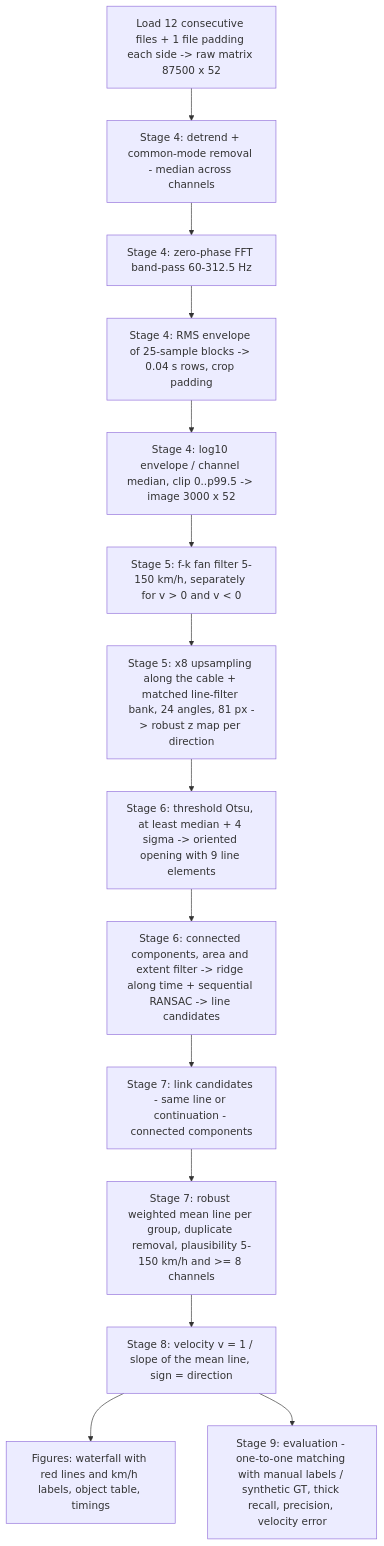
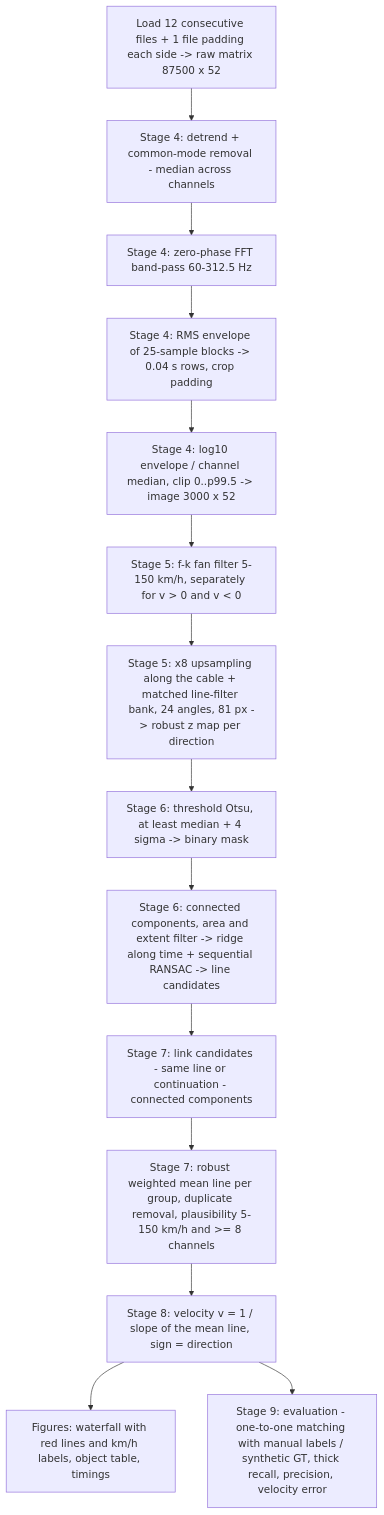
The diagram in docs/flowchart.md (KubaBan84/Object_detection_from_DAS), drawn with Mermaid before and after one commit. The commit also changed 33 other files, not shown here.

First line of the commit message:
Compact report, remove oriented opening, PDF reports

````diff
--- a/docs/flowchart.md
+++ b/docs/flowchart.md
@@ -7,16 +7,16 @@
 ```mermaid
 flowchart TD
     A[Load 12 consecutive files + 1 file padding each side -> raw matrix 87500 x 52] --> B[Stage 4: detrend + common-mode removal - median across channels]
     B --> C[Stage 4: zero-phase FFT band-pass 60-312.5 Hz]
     C --> D[Stage 4: RMS envelope of 25-sample blocks -> 0.04 s rows, crop padding]
     D --> E[Stage 4: log10 envelope / channel median, clip 0..p99.5 -> image 3000 x 52]
     E --> F[Stage 5: f-k fan filter 5-150 km/h, separately for v > 0 and v < 0]
     F --> G[Stage 5: x8 upsampling along the cable + matched line-filter bank, 24 angles, 81 px -> robust z map per direction]
-    G --> H[Stage 6: threshold Otsu, at least median + 4 sigma -> oriented opening with 9 line elements]
+    G --> H[Stage 6: threshold Otsu, at least median + 4 sigma -> binary mask]
     H --> I[Stage 6: connected components, area and extent filter -> ridge along time + sequential RANSAC -> line candidates]
     I --> J[Stage 7: link candidates - same line or continuation - connected components]
     J --> K[Stage 7: robust weighted mean line per group, duplicate removal, plausibility 5-150 km/h and >= 8 channels]
     K --> L[Stage 8: velocity v = 1 / slope of the mean line, sign = direction]
     L --> M[Figures: waterfall with red lines and km/h labels, object table, timings]
     L --> N[Stage 9: evaluation - one-to-one matching with manual labels / synthetic GT, thick recall, precision, velocity error]
 ```
````
